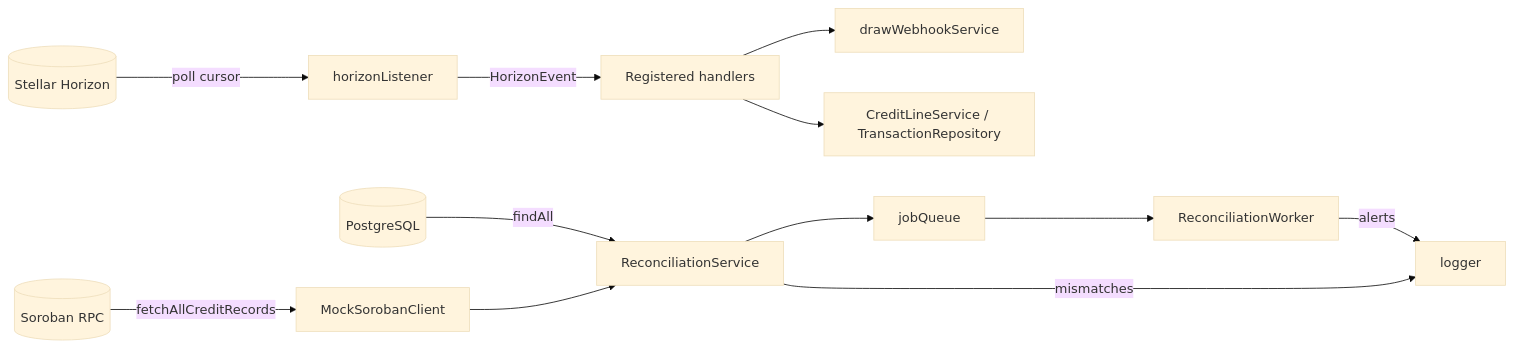
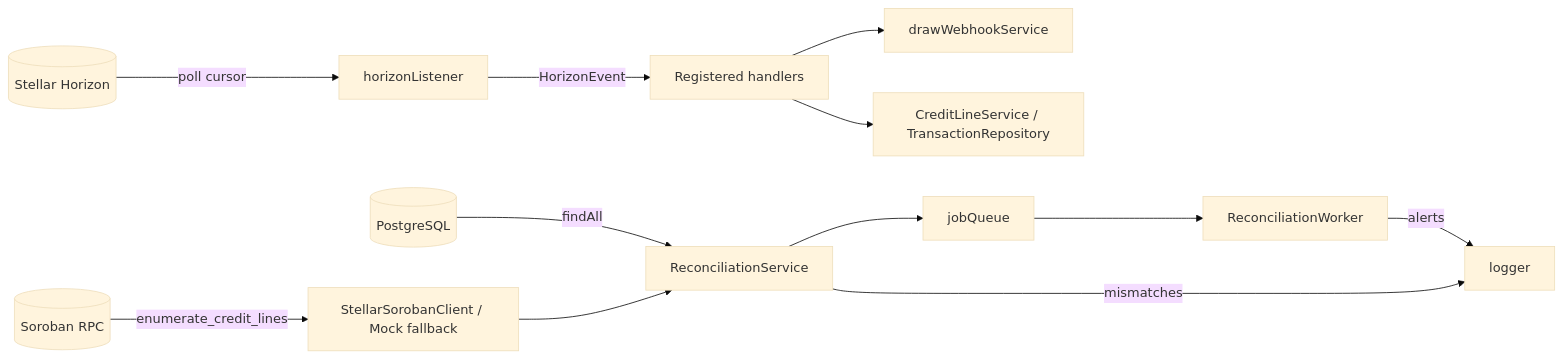
One commit to Creditra/Creditra-Backend changed the first of 2 diagrams in docs/INDEXER.md. Above: the diagram before and after it, drawn with Mermaid (base theme). The commit also changed other lines of this file and 13 other files, not shown here.

Commit message:
feat(soroban): read reconciliation records from contract

````diff
--- a/docs/INDEXER.md
+++ b/docs/INDEXER.md
@@ -11,15 +11,15 @@
 ```mermaid
 flowchart LR
     HZN[(Stellar Horizon)] -->|poll cursor| HL[horizonListener]
     HL -->|HorizonEvent| HND[Registered handlers]
     HND --> DWS[drawWebhookService]
     HND --> SVC[CreditLineService / TransactionRepository]
 
     DB[(PostgreSQL)] -->|findAll| RCS
-    SRPC[(Soroban RPC)] -->|fetchAllCreditRecords| SOR[MockSorobanClient]
+    SRPC[(Soroban RPC)] -->|enumerate_credit_lines| SOR[StellarSorobanClient / Mock fallback]
     SOR --> RCS[ReconciliationService]
     RCS --> JQ[jobQueue]
     JQ --> RCW[ReconciliationWorker]
     RCW -->|alerts| LOG[logger]
     RCS -->|mismatches| LOG
 ```
````
